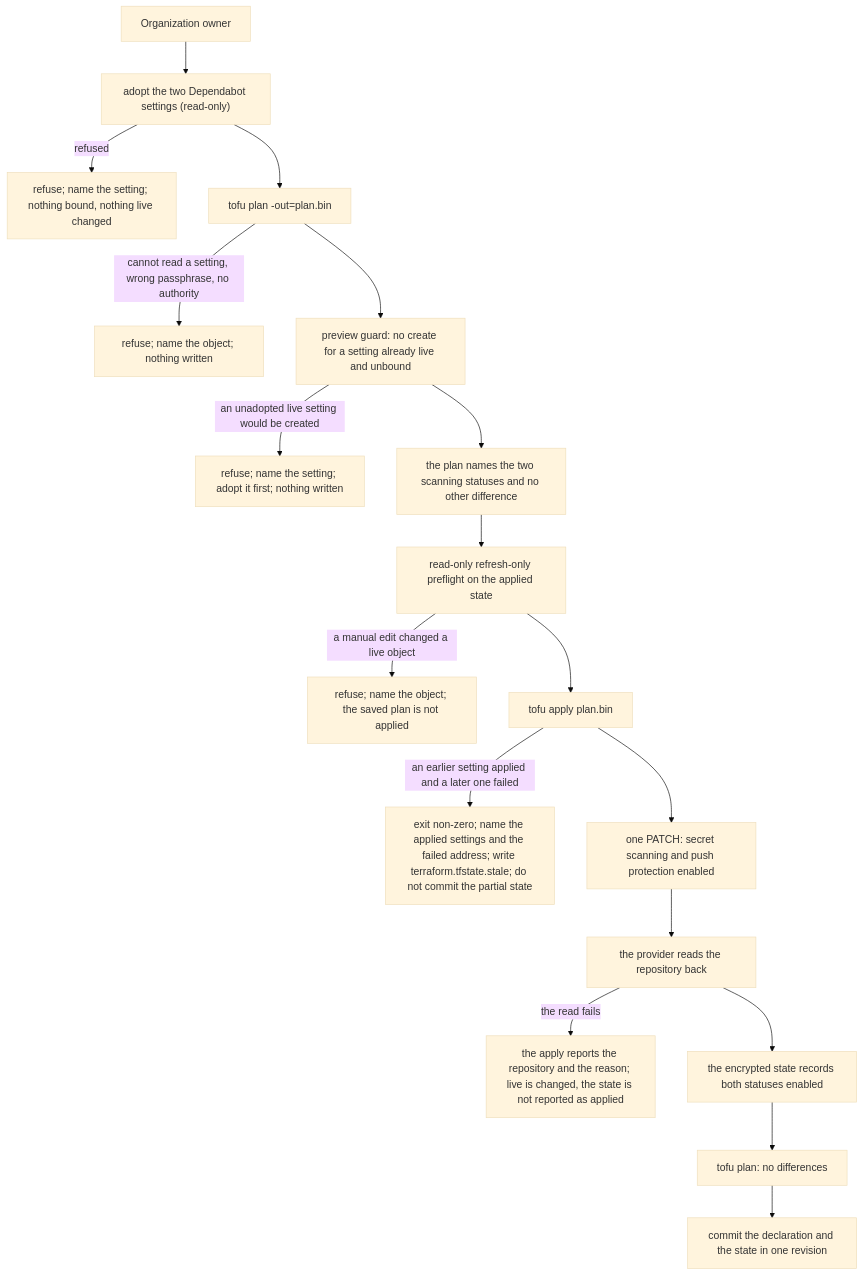
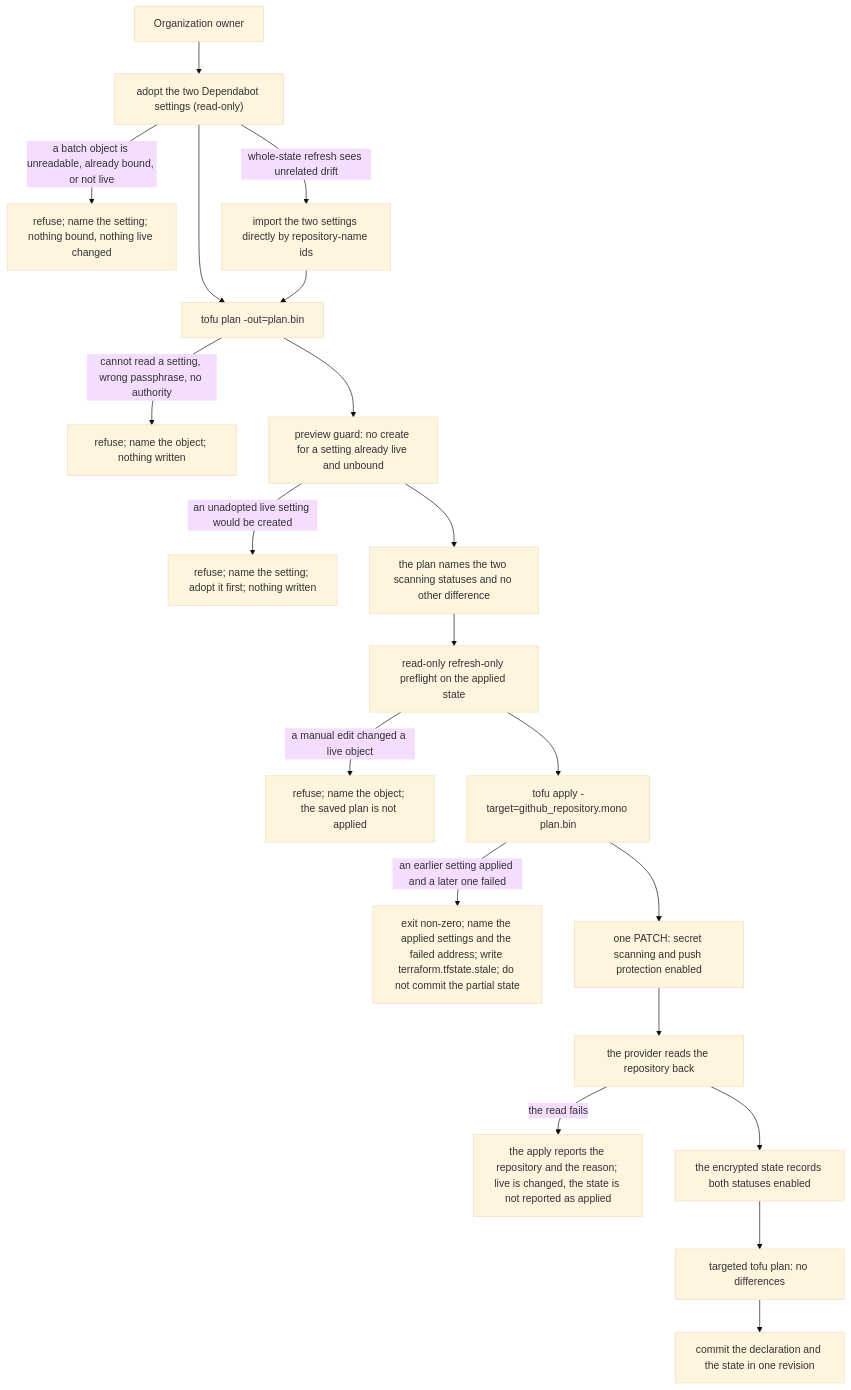
Before and after one commit to duty2cal/duty2cal: the eighth of 8 diagrams in docs/arc42/06-runtime-view.md, drawn with Mermaid (base theme). The commit also changed other lines of this file and 16 other files, not shown here.

````diff
--- a/docs/arc42/06-runtime-view.md
+++ b/docs/arc42/06-runtime-view.md
@@ -209,20 +209,22 @@
 ```mermaid
 flowchart TB
   owner["Organization owner"] --> adopt["adopt the two Dependabot settings (read-only)"]
-  adopt -->|refused| stopnone["refuse; name the setting; nothing bound, nothing live changed"]
+  adopt -->|"a batch object is unreadable, already bound, or not live"| stopnone["refuse; name the setting; nothing bound, nothing live changed"]
+  adopt -->|"whole-state refresh sees unrelated drift"| direct["import the two settings directly by repository-name ids"]
   adopt --> plan["tofu plan -out=plan.bin"]
+  direct --> plan
   plan -->|"cannot read a setting, wrong passphrase, no authority"| stopnone2["refuse; name the object; nothing written"]
   plan --> guard["preview guard: no create for a setting already live and unbound"]
   guard -->|"an unadopted live setting would be created"| stopguard["refuse; name the setting; adopt it first; nothing written"]
   guard --> read["the plan names the two scanning statuses and no other difference"]
   read --> preflight["read-only refresh-only preflight on the applied state"]
   preflight -->|"a manual edit changed a live object"| stophange["refuse; name the object; the saved plan is not applied"]
-  preflight --> apply["tofu apply plan.bin"]
+  preflight --> apply["tofu apply -target=github_repository.mono plan.bin"]
   apply -->|"an earlier setting applied and a later one failed"| partial["exit non-zero; name the applied settings and the failed address; write terraform.tfstate.stale; do not commit the partial state"]
   apply --> patch["one PATCH: secret scanning and push protection enabled"]
   patch --> back["the provider reads the repository back"]
   back -->|"the read fails"| err["the apply reports the repository and the reason; live is changed, the state is not reported as applied"]
   back --> recorded["the encrypted state records both statuses enabled"]
-  recorded --> again["tofu plan: no differences"]
+  recorded --> again["targeted tofu plan: no differences"]
   again --> commit["commit the declaration and the state in one revision"]
 ```
````
